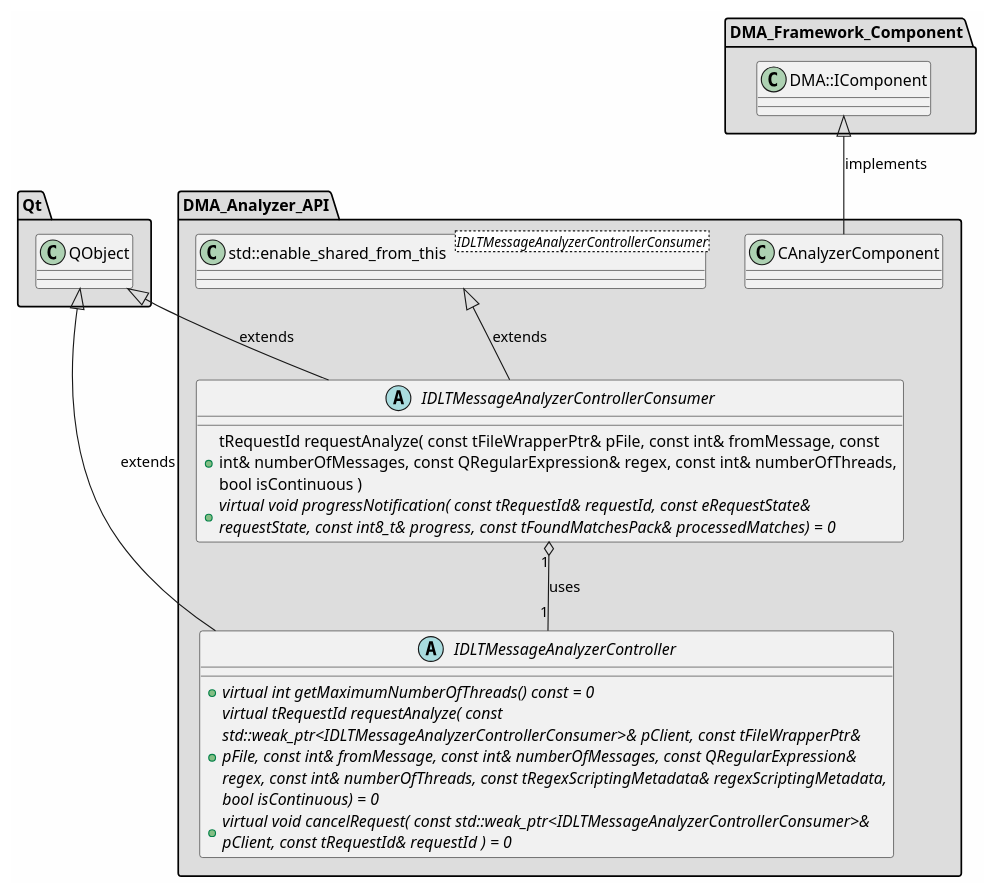
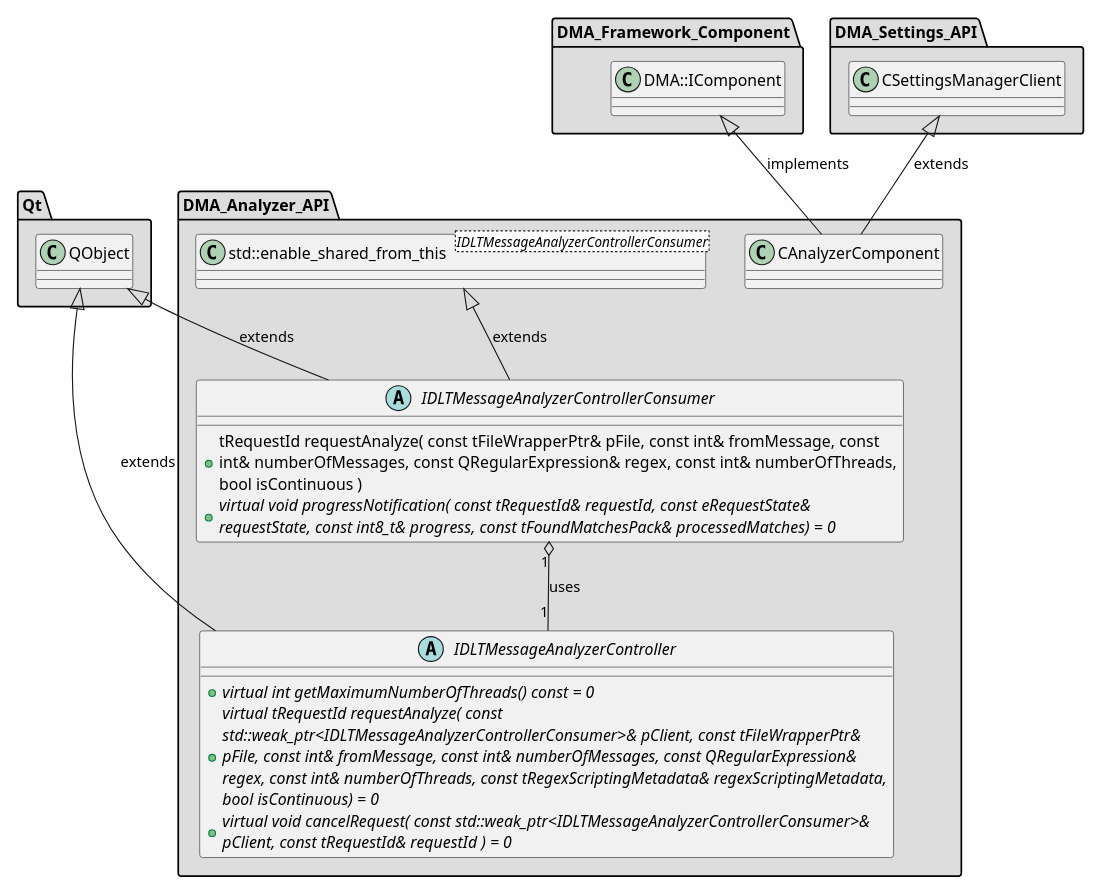
Before and after one commit to svlad-90/DLT-Message-Analyzer: the diagram in md/dev_docs/puml/DMA_Analyzer_API_standalone.puml, drawn with PlantUML. The commit also changed 129 other files, not shown here.

First line of the commit message:
[ISSUE #111][COMPONENTS] Introduce components architecture in the project

```diff
--- a/md/dev_docs/puml/DMA_Analyzer_API_standalone.puml
+++ b/md/dev_docs/puml/DMA_Analyzer_API_standalone.puml
@@ -2,58 +2,68 @@
 @startuml
 
 skinparam backgroundColor #FEFEFE
 skinparam wrapWidth 600
 package "DMA_Analyzer_API" #DDDDDD
 {
 
 class "CAnalyzerComponent"
 {
 }
 
 abstract class "IDLTMessageAnalyzerController"
 {
     + {abstract} virtual int getMaximumNumberOfThreads() const = 0
     + {abstract} virtual tRequestId requestAnalyze( const std::weak_ptr<IDLTMessageAnalyzerControllerConsumer>& pClient, const tFileWrapperPtr& pFile, const int& fromMessage, const int& numberOfMessages, const QRegularExpression& regex, const int& numberOfThreads, const tRegexScriptingMetadata& regexScriptingMetadata, bool isContinuous) = 0
     + {abstract} virtual void cancelRequest( const std::weak_ptr<IDLTMessageAnalyzerControllerConsumer>& pClient, const tRequestId& requestId ) = 0
 }
 
 abstract class "IDLTMessageAnalyzerControllerConsumer"
 {
     + tRequestId requestAnalyze( const tFileWrapperPtr& pFile, const int& fromMessage, const int& numberOfMessages, const QRegularExpression& regex, const int& numberOfThreads, bool isContinuous )
     + {abstract} virtual void progressNotification( const tRequestId& requestId, const eRequestState& requestState, const int8_t& progress, const tFoundMatchesPack& processedMatches) = 0
 }
 
 class "std::enable_shared_from_this<IDLTMessageAnalyzerControllerConsumer>" as std::enable_shared_from_this_IDLTMessageAnalyzerControllerConsumer_
 {
 }
 
 }
 
 package "DMA_Framework_Component" #DDDDDD
 {
 
 class "DMA::IComponent"
 {
 }
 
 }
 
+package "DMA_Settings_API" #DDDDDD
+{
+
+class "CSettingsManagerClient"
+{
+}
+
+}
+
 package "Qt" #DDDDDD
 {
 
 class "QObject"
 {
 }
 
 }
 
 '====================Inheritance section====================
+CSettingsManagerClient <|-- CAnalyzerComponent : extends
 DMA::IComponent <|-- CAnalyzerComponent : implements
 QObject <|-- IDLTMessageAnalyzerController : extends
 QObject <|-- IDLTMessageAnalyzerControllerConsumer : extends
 std::enable_shared_from_this_IDLTMessageAnalyzerControllerConsumer_ <|-- IDLTMessageAnalyzerControllerConsumer : extends
 
 '====================Dependencies section====================
 IDLTMessageAnalyzerControllerConsumer "1" o-- "1" IDLTMessageAnalyzerController : uses
 
 @enduml
```
